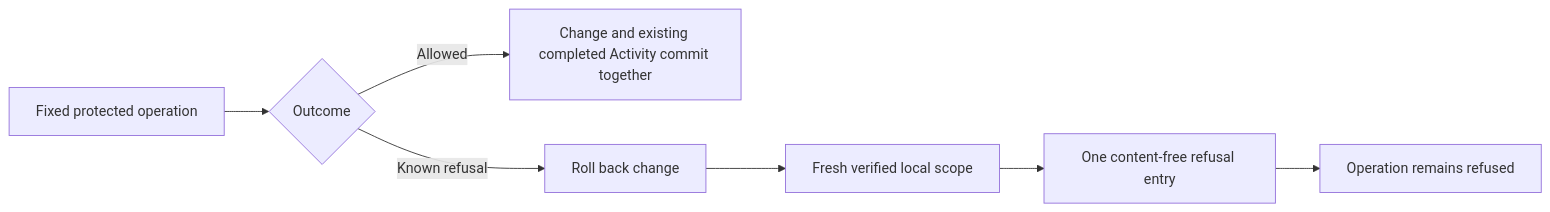
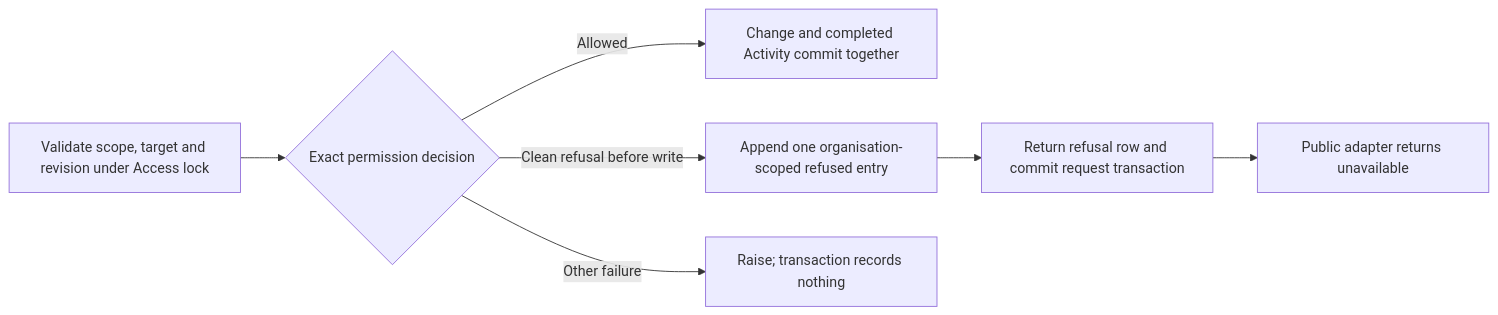
One commit to Abzum-NZ/Abzum-Vortex changed the diagram in docs/build-plan/issue-41-access-activity.md. Above: the diagram before and after it, drawn with Mermaid. The commit also changed other lines of this file and 18 other files, not shown here.

Commit message:
feat(access): record atomic request refusals

````diff
--- a/docs/build-plan/issue-41-access-activity.md
+++ b/docs/build-plan/issue-41-access-activity.md
@@ -108,9 +99,9 @@
 ```mermaid
 flowchart LR
-    O[Fixed protected operation] --> C{Outcome}
-    C -->|Allowed| S[Change and existing completed Activity commit together]
-    C -->|Known refusal| R[Roll back change]
-    R --> A[Fresh verified local scope]
-    A --> F[One content-free refusal entry]
-    F --> U[Operation remains refused]
+    O[Validate scope, target and revision under Access lock] --> C{Exact permission decision}
+    C -->|Allowed| S[Change and completed Activity commit together]
+    C -->|Clean refusal before write| F[Append one organisation-scoped refused entry]
+    F --> R[Return refusal row and commit request transaction]
+    R --> U[Public adapter returns unavailable]
+    C -->|Other failure| X[Raise; transaction records nothing]
 ```
````
